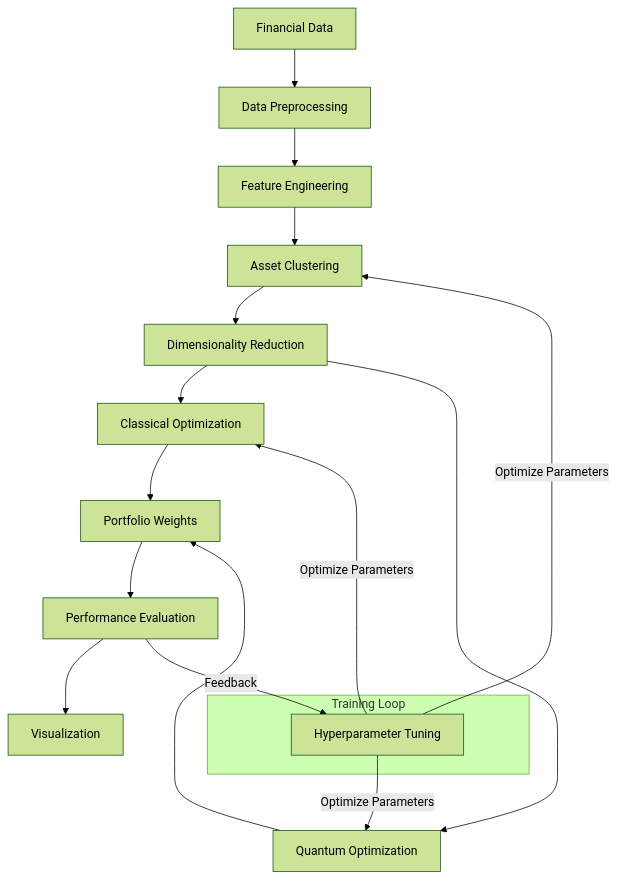
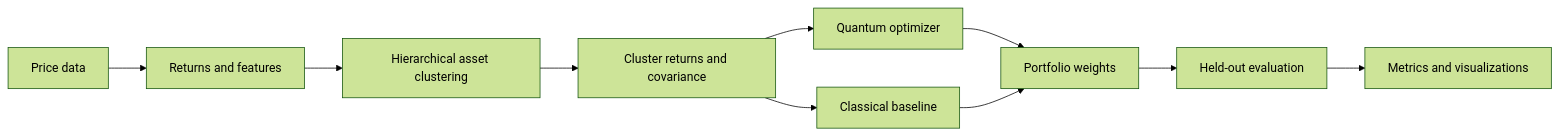
The first of 2 diagrams in README.md (sankalpjoe/High-Dimensional-Portfolio-Optimization-A-Quantum-Approach), drawn with Mermaid (forest theme) before and after one commit. The commit also changed other lines of this file, not shown here.

````diff
--- a/README.md
+++ b/README.md
@@ -127,23 +36,12 @@
 ```mermaid
-flowchart TD
-    A[Financial Data] --> B[Data Preprocessing]
-    B --> C[Feature Engineering]
-    C --> D[Asset Clustering]
-    
-    D --> E[Dimensionality Reduction]
-    E --> F1[Classical Optimization] & F2[Quantum Optimization]
-    
-    F1 --> G[Portfolio Weights]
-    F2 --> G
-    
-    G --> H[Performance Evaluation]
-    H --> I[Visualization]
-    
-    J[Hyperparameter Tuning] --> |Optimize Parameters| D
-    J --> |Optimize Parameters| F1 & F2
-    H --> |Feedback| J
-    
-    subgraph Training Loop
-        J
-    end
+flowchart LR
+    A["Price data"] --> B["Returns and features"]
+    B --> C["Hierarchical asset clustering"]
+    C --> D["Cluster returns and covariance"]
+    D --> E["Quantum optimizer"]
+    D --> F["Classical baseline"]
+    E --> G["Portfolio weights"]
+    F --> G
+    G --> H["Held-out evaluation"]
+    H --> I["Metrics and visualizations"]
 ```
````
